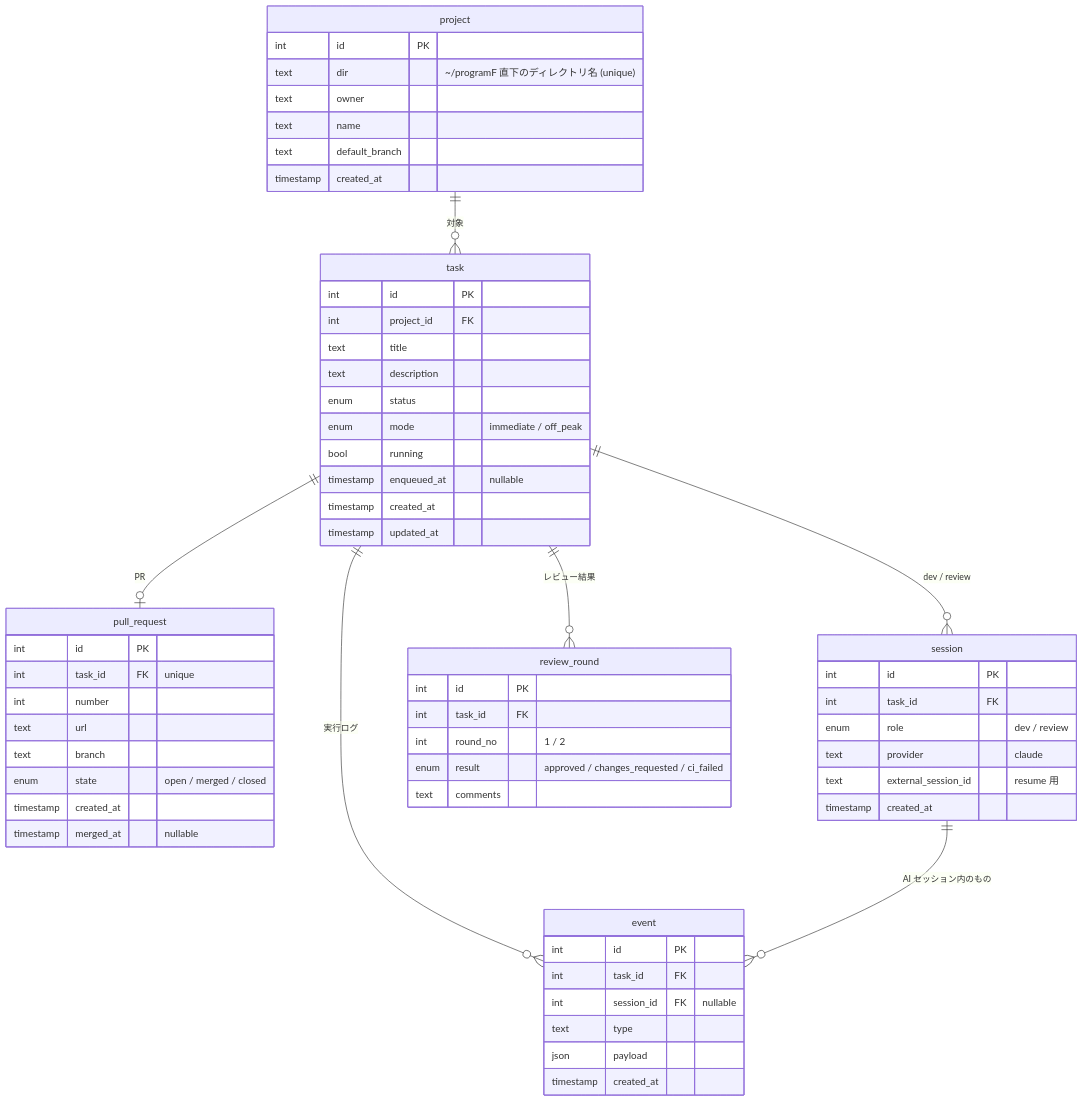
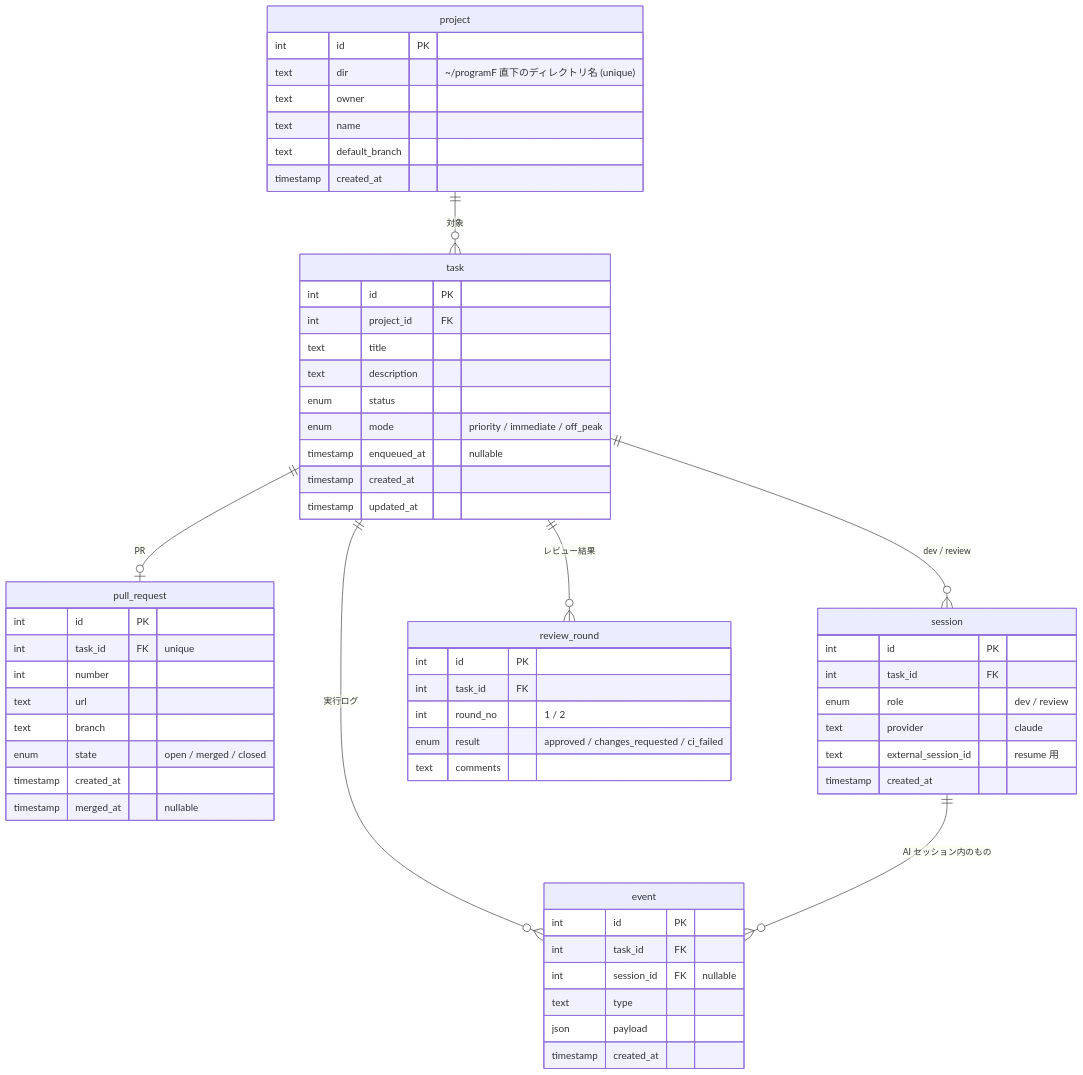
Before and after one commit to Satoru314/Kobo-13900K: the diagram in docs/design.md, drawn with Mermaid. The commit also changed other lines of this file and 15 other files, not shown here.

First line of the commit message:
Split waiting and running statuses; add priority mode

````diff
--- a/docs/design.md
+++ b/docs/design.md
@@ -267,63 +276,62 @@
 ```mermaid
 erDiagram
   project ||--o{ task : "対象"
   task ||--o| pull_request : "PR"
   task ||--o{ session : "dev / review"
   task ||--o{ review_round : "レビュー結果"
   task ||--o{ event : "実行ログ"
   session ||--o{ event : "AI セッション内のもの"
 
   project {
     int id PK
     text dir "~/programF 直下のディレクトリ名 (unique)"
     text owner
     text name
     text default_branch
     timestamp created_at
   }
   task {
     int id PK
     int project_id FK
     text title
     text description
     enum status
-    enum mode "immediate / off_peak"
-    bool running
+    enum mode "priority / immediate / off_peak"
     timestamp enqueued_at "nullable"
     timestamp created_at
     timestamp updated_at
   }
   pull_request {
     int id PK
     int task_id FK "unique"
     int number
     text url
     text branch
     enum state "open / merged / closed"
     timestamp created_at
     timestamp merged_at "nullable"
   }
   session {
     int id PK
     int task_id FK
     enum role "dev / review"
     text provider "claude"
     text external_session_id "resume 用"
     timestamp created_at
   }
   review_round {
     int id PK
     int task_id FK
     int round_no "1 / 2"
     enum result "approved / changes_requested / ci_failed"
     text comments
   }
   event {
     int id PK
     int task_id FK
     int session_id FK "nullable"
     text type
     json payload
     timestamp created_at
   }
 ```
````
